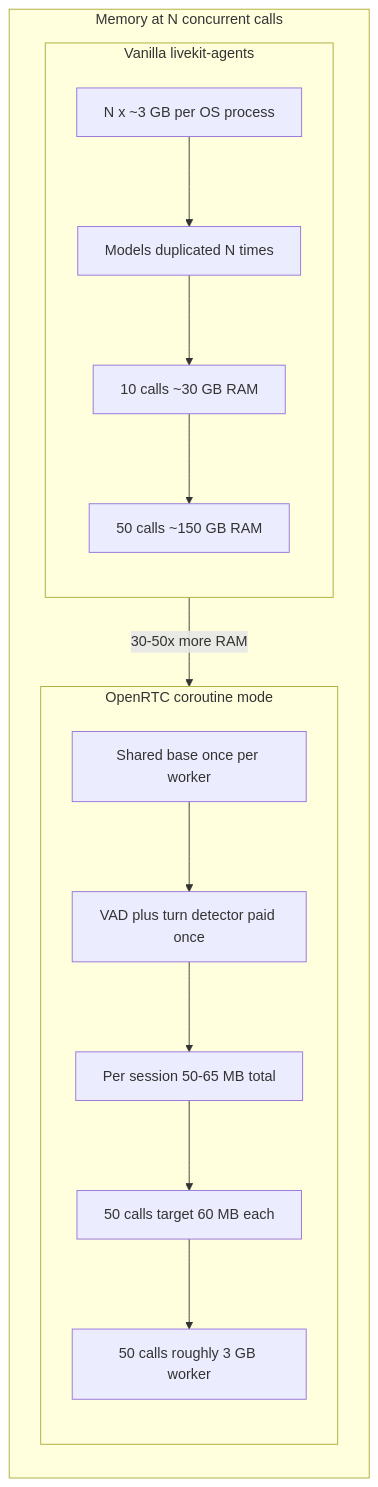
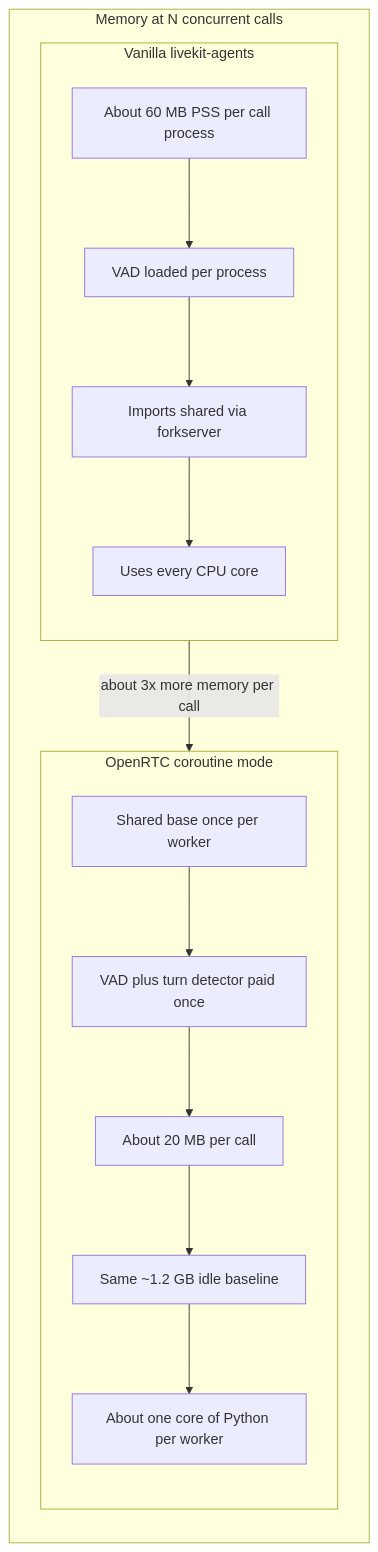
Before and after one commit to mahimailabs/openrtc-runtime: the sixth of 6 diagrams in docs/diagrams/README.md, drawn with Mermaid. The commit also changed other lines of this file and 16 other files, not shown here.

````diff
--- a/docs/diagrams/README.md
+++ b/docs/diagrams/README.md
@@ -394,24 +397,24 @@
 ```mermaid
 flowchart TB
   subgraph legend["Memory at N concurrent calls"]
     direction TB
     subgraph baseline_proc["Vanilla livekit-agents"]
       direction TB
-      F1["N x ~3 GB per OS process"]
-      F2["Models duplicated N times"]
-      F3["10 calls ~30 GB RAM"]
-      F4["50 calls ~150 GB RAM"]
+      F1["About 60 MB PSS per call process"]
+      F2["VAD loaded per process"]
+      F3["Imports shared via forkserver"]
+      F4["Uses every CPU core"]
       F1 --> F2 --> F3 --> F4
     end
     subgraph baseline_rtc["OpenRTC coroutine mode"]
       direction TB
       G1["Shared base once per worker"]
       G2["VAD plus turn detector paid once"]
-      G3["Per session 50-65 MB total"]
-      G4["50 calls target 60 MB each"]
-      G5["50 calls roughly 3 GB worker"]
+      G3["About 20 MB per call"]
+      G4["Same ~1.2 GB idle baseline"]
+      G5["About one core of Python per worker"]
       G1 --> G2 --> G3 --> G4 --> G5
     end
   end
-  baseline_proc -->|"30-50x more RAM"| baseline_rtc
+  baseline_proc -->|"about 3x more memory per call"| baseline_rtc
 ```
````
